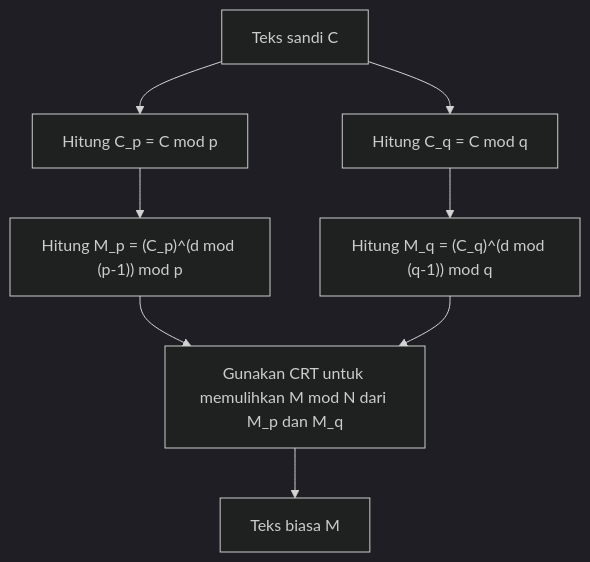
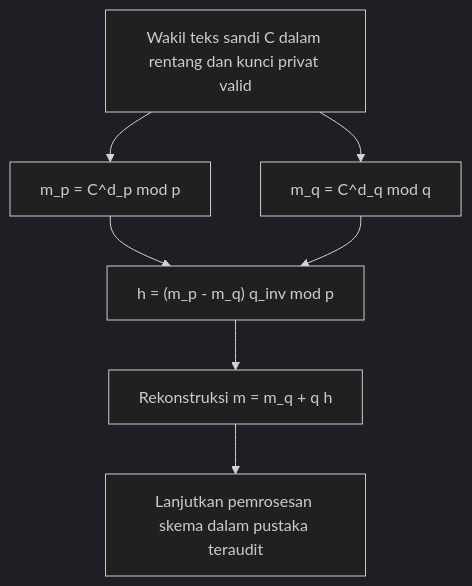
The diagram in content/post/chinese-remainder-theorem/index.id.md (kenjinote/blog), drawn with Mermaid (dark theme) before and after one commit. The commit also changed other lines of this file and 5 other files, not shown here.

````diff
--- a/content/post/chinese-remainder-theorem/index.id.md
+++ b/content/post/chinese-remainder-theorem/index.id.md
@@ -127,10 +133,9 @@
 ```mermaid
-graph TD
-    A["Teks sandi C"] --> B["Hitung C_p = C mod p"]
-    A --> C["Hitung C_q = C mod q"]
-    B --> D["Hitung M_p = (C_p)^(d mod (p-1)) mod p"]
-    C --> E["Hitung M_q = (C_q)^(d mod (q-1)) mod q"]
-    D --> F["Gunakan CRT untuk memulihkan M mod N dari M_p dan M_q"]
-    E --> F
-    F --> G["Teks biasa M"]
+flowchart TD
+    A["Wakil teks sandi C dalam rentang dan kunci privat valid"] --> B["m_p = C^d_p mod p"]
+    A --> C["m_q = C^d_q mod q"]
+    B --> D["h = (m_p - m_q) q_inv mod p"]
+    C --> D
+    D --> E["Rekonstruksi m = m_q + q h"]
+    E --> F["Lanjutkan pemrosesan skema dalam pustaka teraudit"]
 ```
````
